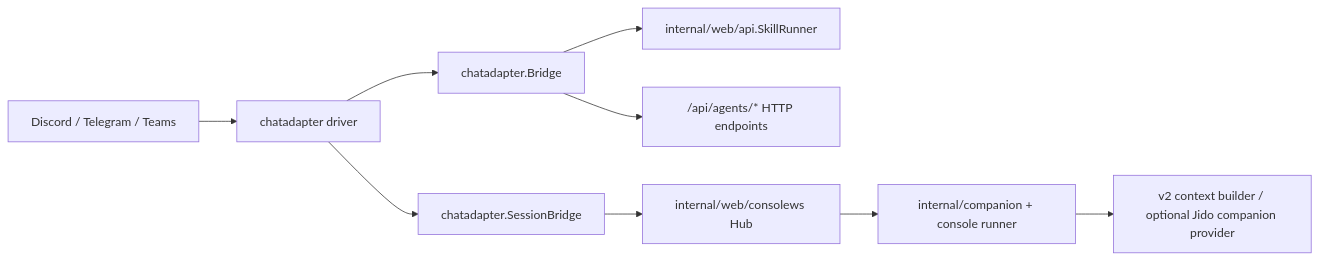
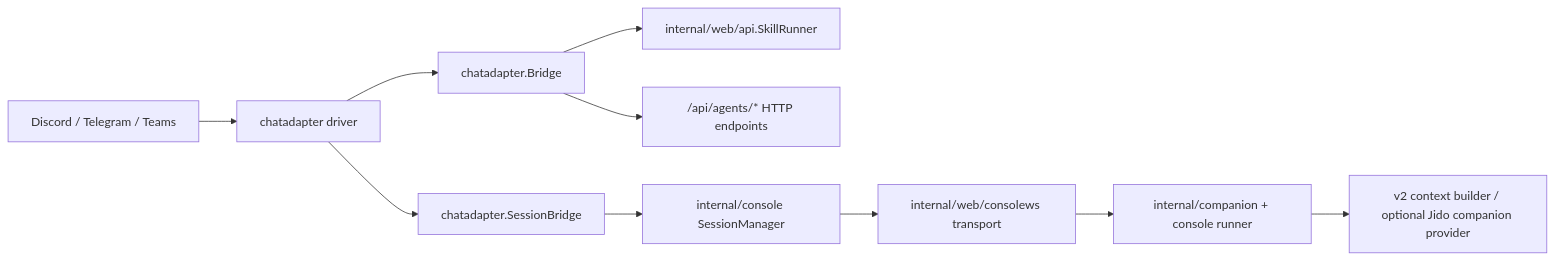
The diagram in docs/architecture/chat-platform-adapter.md (joshka0/foxctl), drawn with Mermaid before and after one commit. The commit also changed other lines of this file and 17 other files, not shown here.

````diff
--- a/docs/architecture/chat-platform-adapter.md
+++ b/docs/architecture/chat-platform-adapter.md
@@ -24,11 +24,12 @@
 ```mermaid
 flowchart LR
     Platform["Discord / Telegram / Teams"] --> Driver["chatadapter driver"]
     Driver --> Bridge["chatadapter.Bridge"]
     Driver --> SessionBridge["chatadapter.SessionBridge"]
     Bridge --> SkillRunner["internal/web/api.SkillRunner"]
     Bridge --> AgentsAPI["/api/agents/* HTTP endpoints"]
-    SessionBridge --> ConsoleHub["internal/web/consolews Hub"]
-    ConsoleHub --> Companion["internal/companion + console runner"]
+    SessionBridge --> ConsoleSessions["internal/console SessionManager"]
+    ConsoleSessions --> ConsoleTransport["internal/web/consolews transport"]
+    ConsoleTransport --> Companion["internal/companion + console runner"]
     Companion --> Context["v2 context builder / optional Jido companion provider"]
 ```
````
